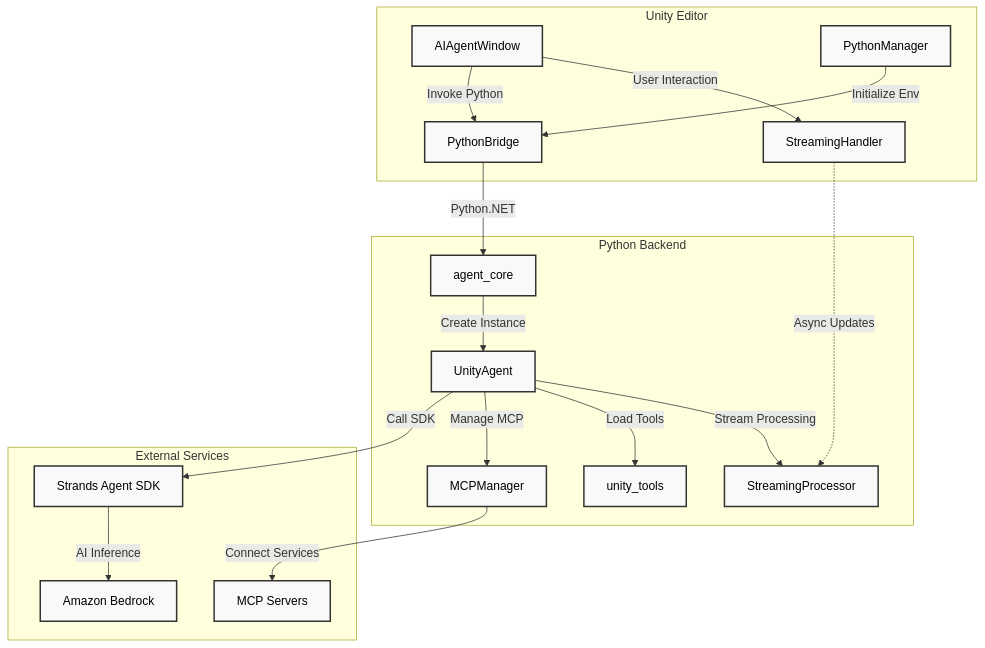
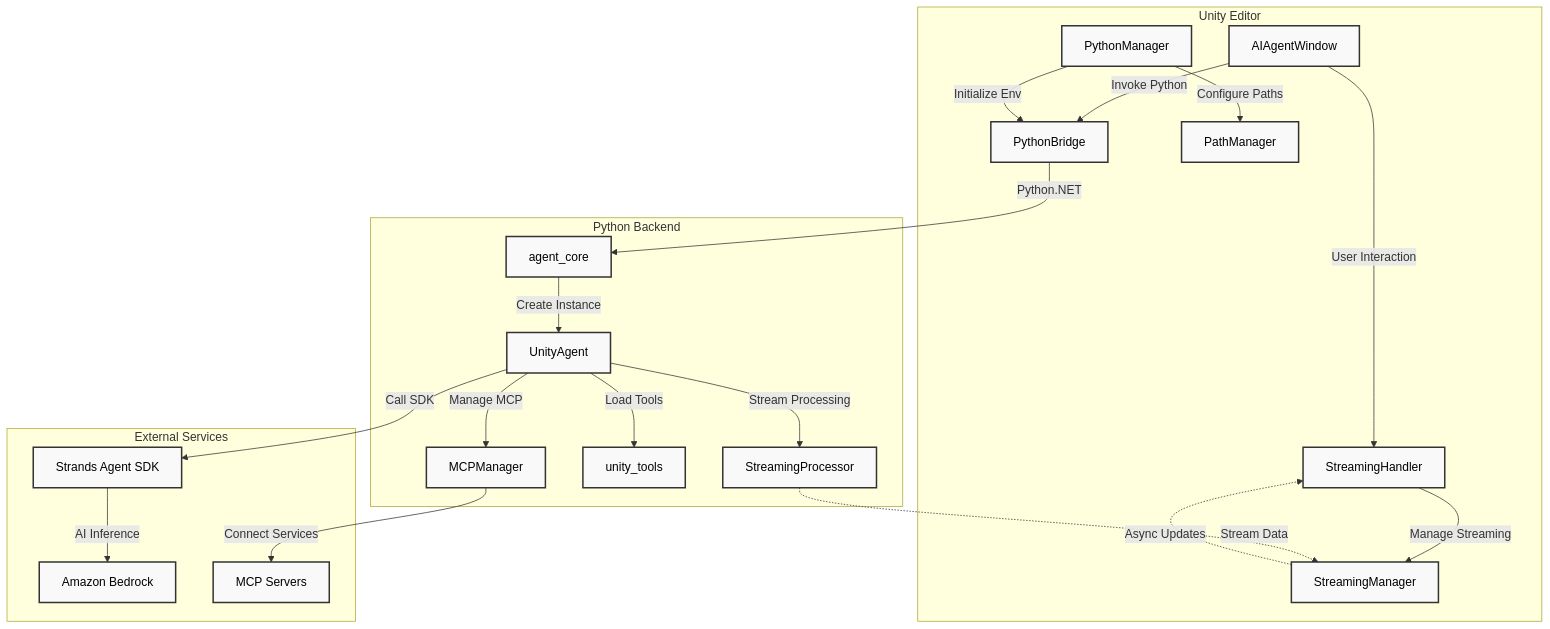
Before and after one commit to ddpie/unity-strands-agent: the second of 2 diagrams in README.md, drawn with Mermaid. The commit also changed other lines of this file, not shown here.

Commit message:
update system architecture diagram to reflect actual code structure
- Add StreamingManager component to show proper streaming management
- Add PathManager component to represent path configuration functionality
- Update data flow to show StreamingProcessor -> StreamingManager -> StreamingHandler chain
- Add PythonManager -> PathManager configuration relationship
- Ensure all major components in codebase are represented in architecture
- Maintain consistency between Chinese and English versions

````diff
--- a/README.md
+++ b/README.md
@@ -150,39 +155,44 @@
 ```mermaid
 graph TB
     subgraph Unity[Unity Editor]
         UI[AIAgentWindow]
         SH[StreamingHandler]
+        SM[StreamingManager]
         PB[PythonBridge]
         PM[PythonManager]
+        PATH[PathManager]
     end
     
     subgraph Python[Python Backend]
         AC[agent_core]
         UA[UnityAgent]
         SP[StreamingProcessor]
         UT[unity_tools]
         MM[MCPManager]
     end
     
     subgraph External[External Services]
         SDK[Strands Agent SDK]
         AWS[Amazon Bedrock]
         MCP[MCP Servers]
     end
     
     UI -->|User Interaction| SH
     UI -->|Invoke Python| PB
+    SH -->|Manage Streaming| SM
     PM -->|Initialize Env| PB
+    PM -->|Configure Paths| PATH
     PB -->|Python.NET| AC
     AC -->|Create Instance| UA
     UA -->|Stream Processing| SP
     UA -->|Load Tools| UT
     UA -->|Manage MCP| MM
     UA -->|Call SDK| SDK
     SDK -->|AI Inference| AWS
     MM -->|Connect Services| MCP
-    SH -.->|Async Updates| SP
+    SP -.->|Stream Data| SM
+    SM -.->|Async Updates| SH
     
     classDef default fill:#f9f9f9,stroke:#333,stroke-width:2px,color:#000
     classDef external fill:#fff,stroke:#666,stroke-width:2px,color:#000
 ```
````
